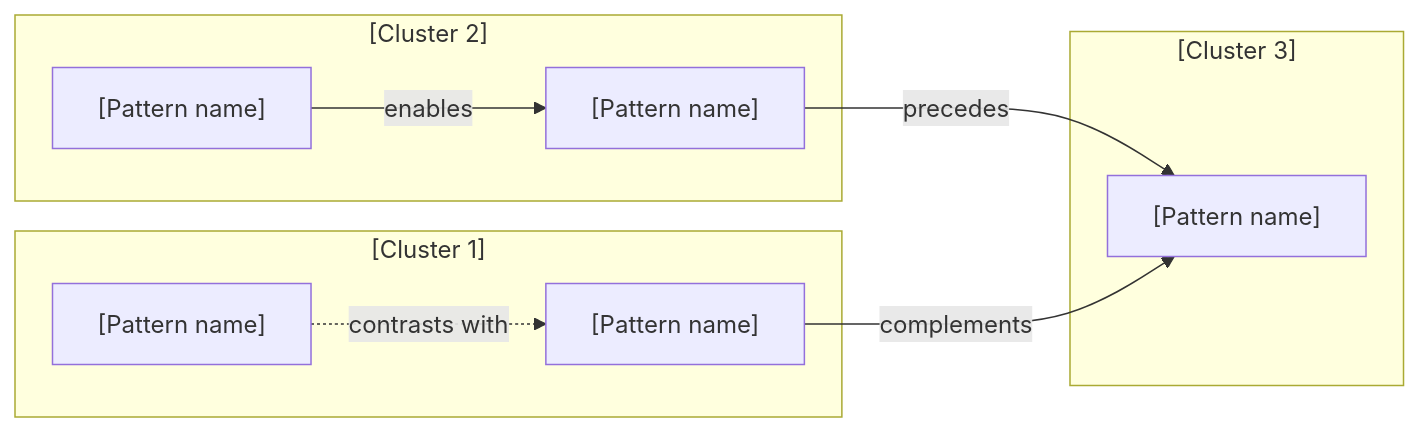
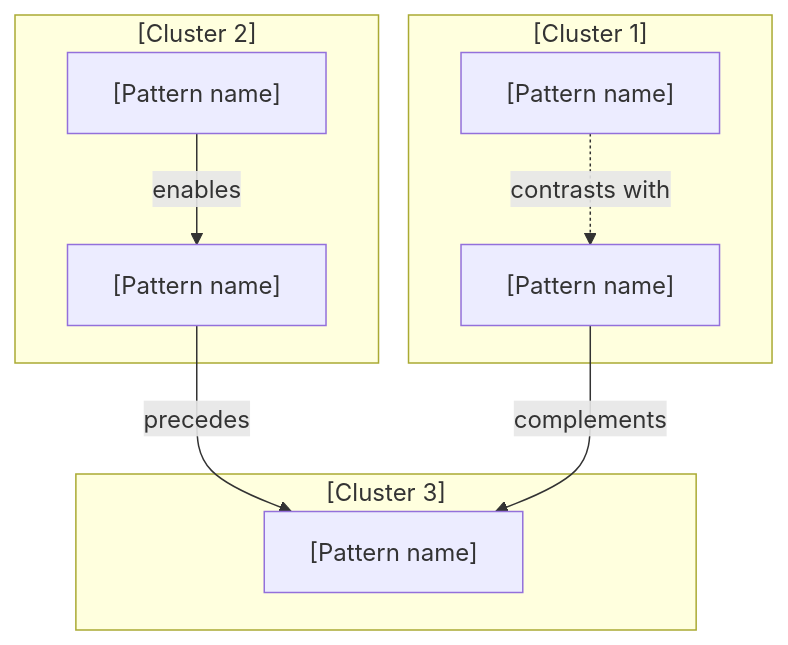
Before and after one commit to KittyChiu/harvest: the first of 3 diagrams in plugins/create-obsidian-marp-slides/skills/create-obsidian-marp-slides/assets/slides-template.md, drawn with Mermaid. The commit also changed other lines of this file and 13 other files, not shown here.

````diff
--- a/plugins/create-obsidian-marp-slides/skills/create-obsidian-marp-slides/assets/slides-template.md
+++ b/plugins/create-obsidian-marp-slides/skills/create-obsidian-marp-slides/assets/slides-template.md
@@ -120,21 +123,21 @@
 ```mermaid
-flowchart LR
+flowchart TD
     subgraph C1["[Cluster 1]"]
         A["[Pattern name]"]
         B["[Pattern name]"]
     end
 
     subgraph C2["[Cluster 2]"]
         C["[Pattern name]"]
         D["[Pattern name]"]
     end
 
     subgraph C3["[Cluster 3]"]
         E["[Pattern name]"]
     end
 
     A -.->|contrasts with| B
     C -->|enables| D
     D -->|precedes| E
     B -->|complements| E
 ```
````
